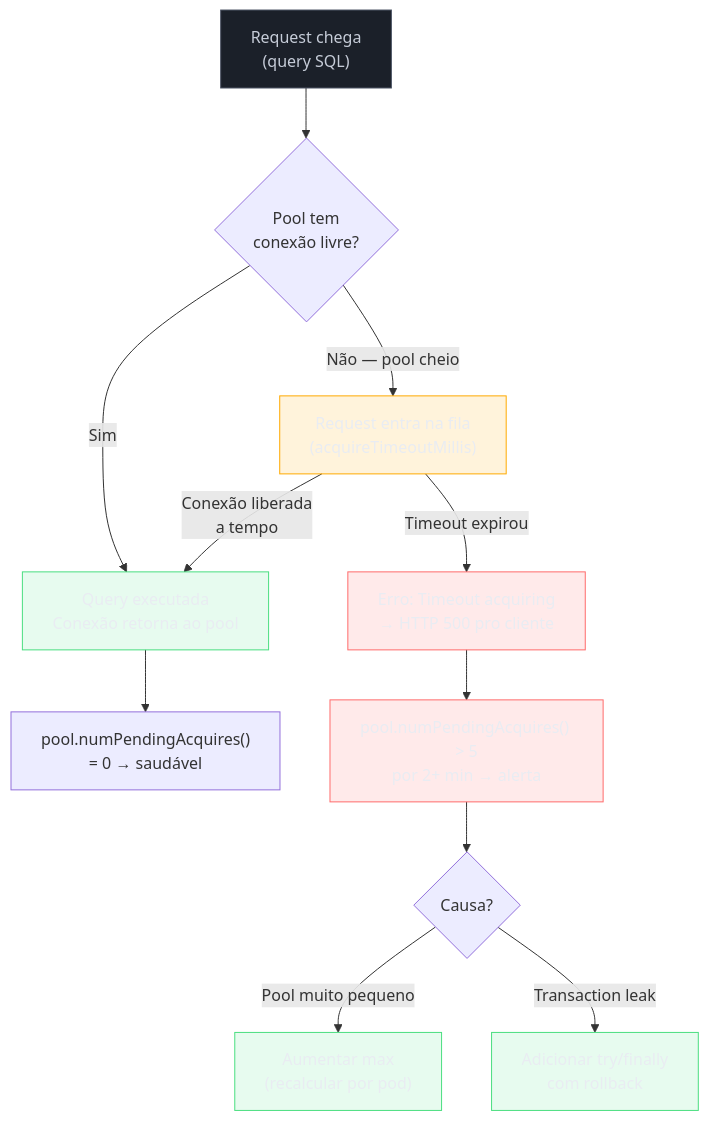
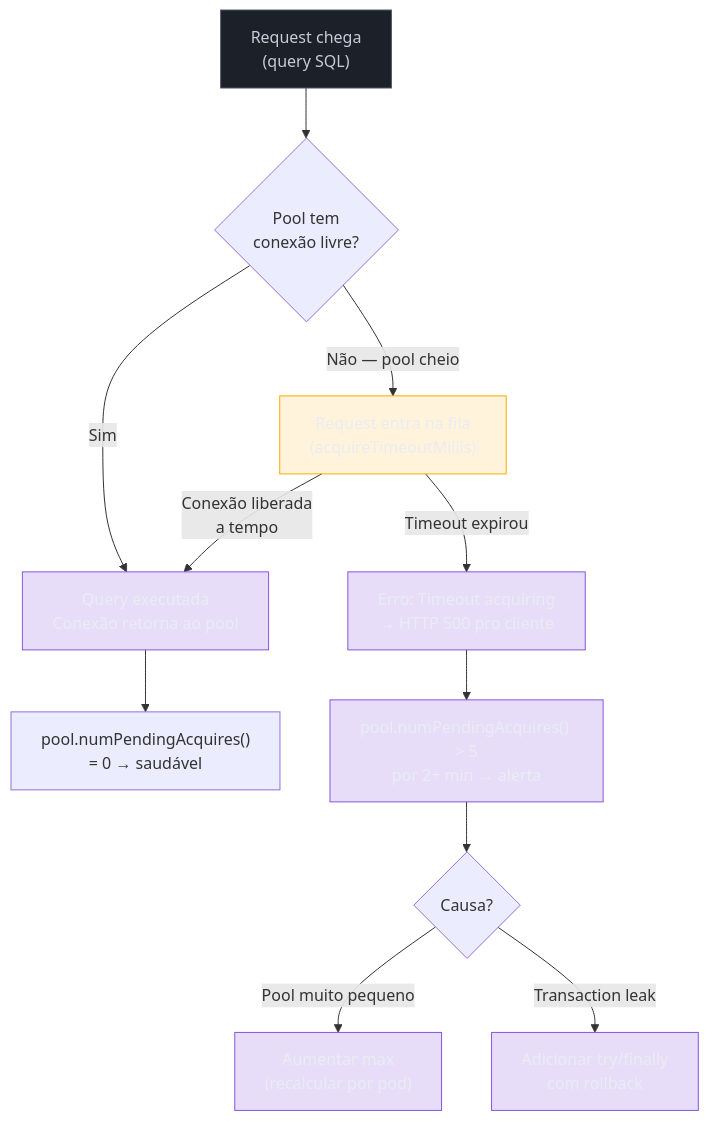
Before and after one commit to josenaldo/codex-technomanticus: the diagram in 03-Dominios/Tecnologia/Node/Observability e produção/11 - Connection pool tuning.md, drawn with Mermaid. The commit also changed 601 other files, not shown here.

````diff
--- a/03-Dominios/Tecnologia/Node/Observability e produção/11 - Connection pool tuning.md
+++ b/03-Dominios/Tecnologia/Node/Observability e produção/11 - Connection pool tuning.md
@@ -59,25 +59,24 @@
 ```mermaid
 flowchart TD
+    classDef marca fill:#8855DF33,stroke:#8855DF,color:#E9ECF2
     classDef neutro fill:#1B2029,stroke:#4E5666,color:#C6CCD8
-    classDef ok fill:#4ADE8021,stroke:#4ADE80,color:#E9ECF2
     classDef destaque fill:#FFAA0024,stroke:#FFAA00,color:#E9ECF2
-    classDef falha fill:#FF6B6B24,stroke:#FF6B6B,color:#E9ECF2
     R["Request chega\n(query SQL)"] --> A{"Pool tem\nconexão livre?"}
     A -->|"Sim"| Q["Query executada\nConexão retorna ao pool"]
     A -->|"Não — pool cheio"| W["Request entra na fila\n(acquireTimeoutMillis)"]
     W -->|"Conexão liberada\na tempo"| Q
     W -->|"Timeout expirou"| E["Erro: Timeout acquiring\n→ HTTP 500 pro cliente"]
     Q --> M["pool.numPendingAcquires()\n= 0 → saudável"]
     E --> AL["pool.numPendingAcquires() > 5\npor 2+ min → alerta"]
     AL --> D{"Causa?"}
     D -->|"Pool muito pequeno"| FIX1["Aumentar max\n(recalcular por pod)"]
     D -->|"Transaction leak"| FIX2["Adicionar try/finally\ncom rollback"]
 
     class R neutro
-    class Q ok
+    class Q marca
     class W destaque
-    class E falha
-    class AL falha
-    class FIX1 ok
-    class FIX2 ok
+    class E marca
+    class AL marca
+    class FIX1 marca
+    class FIX2 marca
 ```
````
